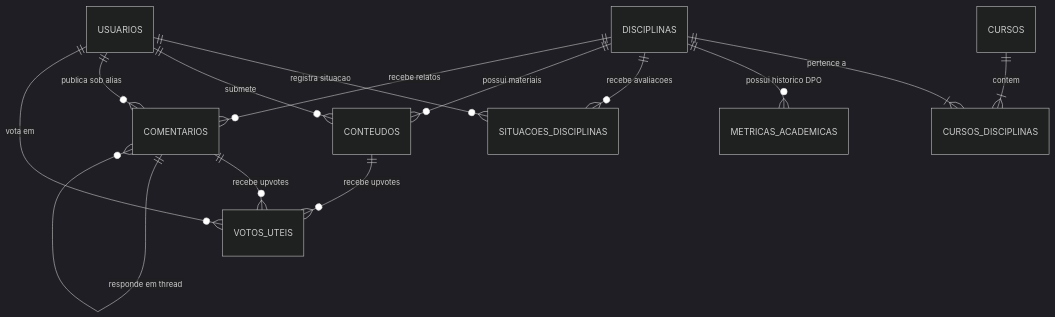
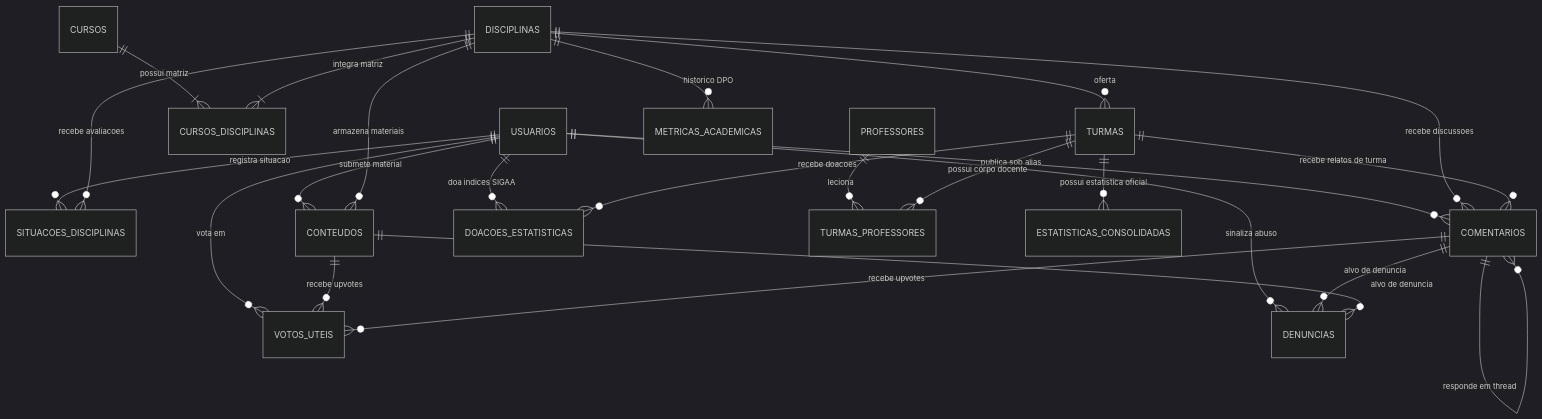
The seventh of 7 diagrams in docs/arquitetura.md (unb-mds/2026-02-TambureteiUnB), drawn with Mermaid (dark theme) before and after one commit. The commit also changed other lines of this file, not shown here.

````diff
--- a/docs/arquitetura.md
+++ b/docs/arquitetura.md
@@ -24,19 +397,32 @@
 ```mermaid
 erDiagram
     USUARIOS ||--o{ SITUACOES_DISCIPLINAS : "registra situacao"
-    USUARIOS ||--o{ CONTEUDOS : "submete"
+    USUARIOS ||--o{ CONTEUDOS : "submete material"
     USUARIOS ||--o{ COMENTARIOS : "publica sob alias"
     USUARIOS ||--o{ VOTOS_UTEIS : "vota em"
+    USUARIOS ||--o{ DOACOES_ESTATISTICAS : "doa indices SIGAA"
+    USUARIOS ||--o{ DENUNCIAS : "sinaliza abuso"
 
-    CURSOS ||--|{ CURSOS_DISCIPLINAS : "contem"
-    DISCIPLINAS ||--|{ CURSOS_DISCIPLINAS : "pertence a"
+    CURSOS ||--|{ CURSOS_DISCIPLINAS : "possui matriz"
+    DISCIPLINAS ||--|{ CURSOS_DISCIPLINAS : "integra matriz"
 
-    DISCIPLINAS ||--o{ METRICAS_ACADEMICAS : "possui historico DPO"
+    DISCIPLINAS ||--o{ TURMAS : "oferta"
+    PROFESSORES ||--o{ TURMAS_PROFESSORES : "leciona"
+    TURMAS ||--o{ TURMAS_PROFESSORES : "possui corpo docente"
+
+    DISCIPLINAS ||--o{ METRICAS_ACADEMICAS : "historico DPO"
     DISCIPLINAS ||--o{ SITUACOES_DISCIPLINAS : "recebe avaliacoes"
-    DISCIPLINAS ||--o{ CONTEUDOS : "possui materiais"
-    DISCIPLINAS ||--o{ COMENTARIOS : "recebe relatos"
+    DISCIPLINAS ||--o{ CONTEUDOS : "armazena materiais"
+    DISCIPLINAS ||--o{ COMENTARIOS : "recebe discussoes"
+
+    TURMAS ||--o{ DOACOES_ESTATISTICAS : "recebe doacoes"
+    TURMAS ||--o{ ESTATISTICAS_CONSOLIDADAS : "possui estatistica oficial"
+    TURMAS ||--o{ COMENTARIOS : "recebe relatos de turma"
 
     CONTEUDOS ||--o{ VOTOS_UTEIS : "recebe upvotes"
     COMENTARIOS ||--o{ VOTOS_UTEIS : "recebe upvotes"
     COMENTARIOS ||--o{ COMENTARIOS : "responde em thread"
+
+    COMENTARIOS ||--o{ DENUNCIAS : "alvo de denuncia"
+    CONTEUDOS ||--o{ DENUNCIAS : "alvo de denuncia"
 ```
````
